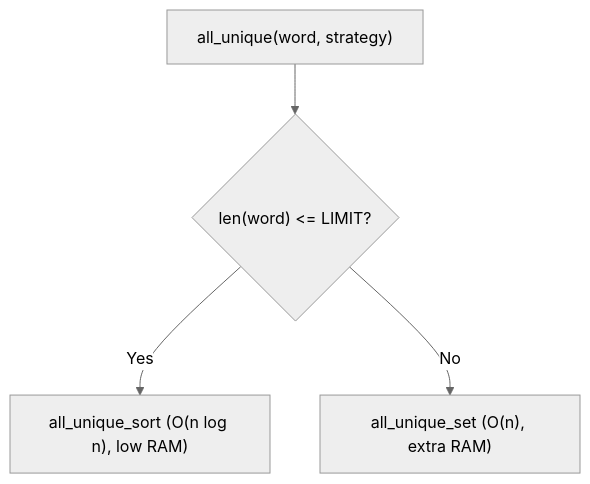
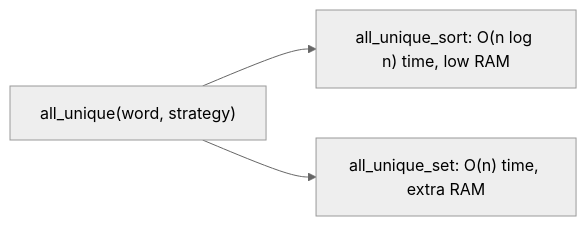
One commit to SanjayR857/All-in-One-Notes changed the diagram in python-design-patterns/behavioral/strategy.md. Above: the diagram before and after it, drawn with Mermaid (neutral theme). The commit also changed other lines of this file and 40 other files, not shown here.

````diff
--- a/python-design-patterns/behavioral/strategy.md
+++ b/python-design-patterns/behavioral/strategy.md
@@ -25,6 +32,5 @@
 ```mermaid
-flowchart TD
-    Input["all_unique(word, strategy)"] --> Check{"len(word) <= LIMIT?"}
-    Check -- Yes --> Pairs["all_unique_sort (O(n log n), low RAM)"]
-    Check -- No --> Set["all_unique_set (O(n), extra RAM)"]
+flowchart LR
+    Call["all_unique(word, strategy)"] --> S1["all_unique_sort: O(n log n) time, low RAM"]
+    Call --> S2["all_unique_set: O(n) time, extra RAM"]
 ```
````
